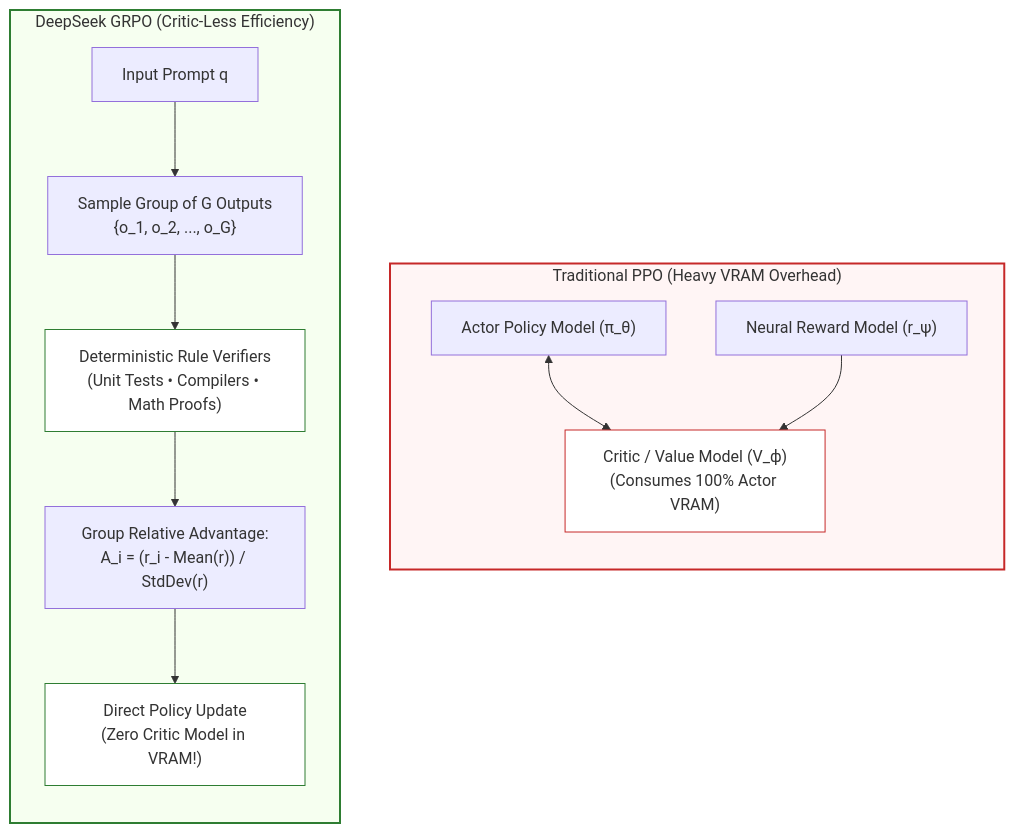
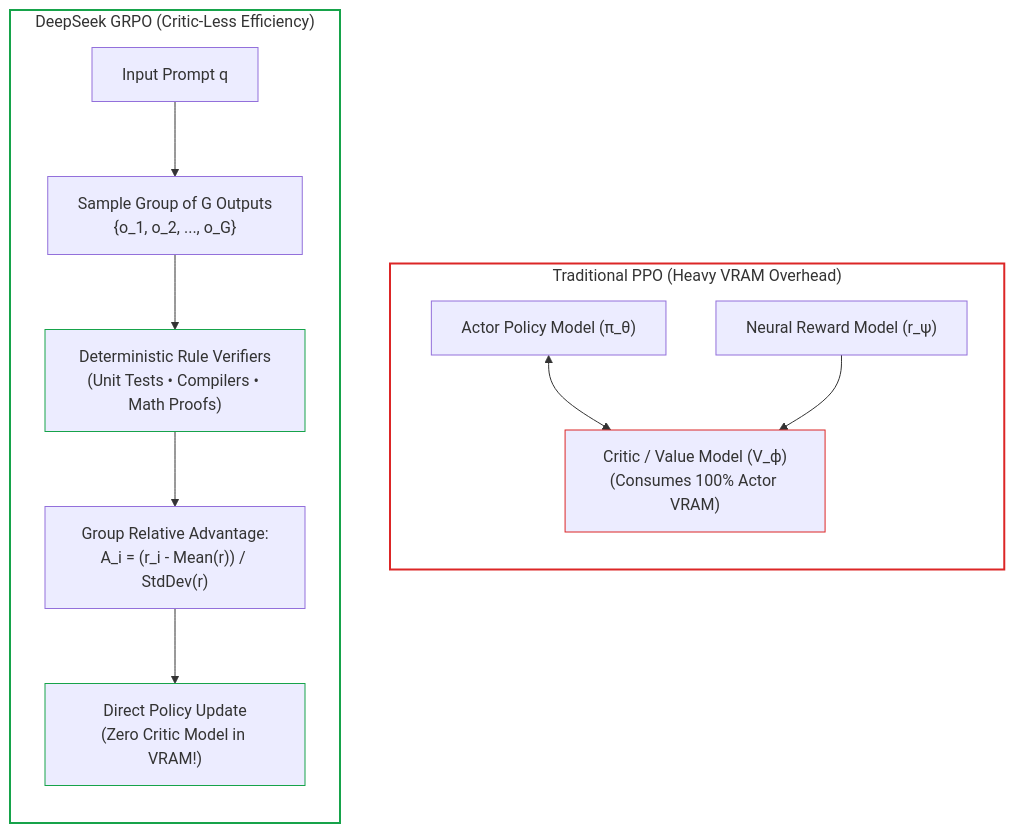
Before and after one commit to dip4k/senior-engineer-to-ai-engineer-roadmap: the second of 3 diagrams in 00-foundations-and-token-mechanics/04-test-time-compute-and-reasoning-models.md, drawn with Mermaid. The commit also changed other lines of this file and 15 other files, not shown here.

First line of the commit message:
feat(curriculum): theme-adaptive diagrams, low-node modular flows, and Phase 00 beginner-style refactor

````diff
--- a/00-foundations-and-token-mechanics/04-test-time-compute-and-reasoning-models.md
+++ b/00-foundations-and-token-mechanics/04-test-time-compute-and-reasoning-models.md
@@ -135,26 +103,26 @@
 ```mermaid
 flowchart TD
     subgraph PPO["Traditional PPO (Heavy VRAM Overhead)"]
         direction TB
         P_Actor["Actor Policy Model (π_θ)"]
         P_Critic["Critic / Value Model (V_ϕ)<br>(Consumes 100% Actor VRAM)"]
         P_Reward["Neural Reward Model (r_ψ)"]
         P_Actor <--> P_Critic
         P_Reward --> P_Critic
     end
 
     subgraph GRPO["DeepSeek GRPO (Critic-Less Efficiency)"]
         direction TB
         G_Prompt["Input Prompt q"] --> G_Group["Sample Group of G Outputs<br>{o_1, o_2, ..., o_G}"]
         G_Group --> G_Rule["Deterministic Rule Verifiers<br>(Unit Tests • Compilers • Math Proofs)"]
         G_Rule --> G_Adv["Group Relative Advantage:<br>A_i = (r_i - Mean(r)) / StdDev(r)"]
         G_Adv --> G_Update["Direct Policy Update<br>(Zero Critic Model in VRAM!)"]
     end
 
-    style PPO fill:#fff5f5,stroke:#c62828,stroke-width:2px
-    style GRPO fill:#f6fff0,stroke:#2e7d32,stroke-width:2px
+    style PPO fill:none,stroke:#dc2626,stroke-width:2px
+    style GRPO fill:none,stroke:#16a34a,stroke-width:2px
 
-    style P_Critic fill:#ffffff,stroke:#c62828,stroke-width:1px
-    style G_Rule fill:#ffffff,stroke:#2e7d32,stroke-width:1px
-    style G_Update fill:#ffffff,stroke:#2e7d32,stroke-width:1px
+    style P_Critic stroke:#dc2626,stroke-width:1px
+    style G_Rule stroke:#16a34a,stroke-width:1px
+    style G_Update stroke:#16a34a,stroke-width:1px
 ```
````
